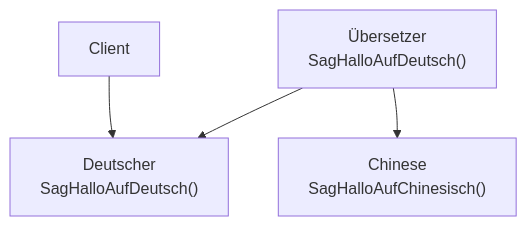
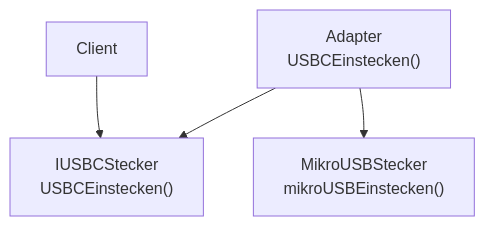
Before and after one commit to mathisneunzig/DHBW-Mannheim-WI2024SEA-DesignPatterns: the second of 2 diagrams in TillVictor/README.md, drawn with Mermaid. The commit also changed other lines of this file and 1 other file, not shown here.

`````diff
--- a/TillVictor/README.md
+++ b/TillVictor/README.md
@@ -44,15 +44,15 @@
 ````mermaid
 flowchart
 	Client
-	Adapter["Übersetzer 
-	SagHalloAufDeutsch()"]
-	Adaptee["Chinese
-	SagHalloAufChinesisch()"]
-	Target["Deutscher
-	SagHalloAufDeutsch()"]
+	Adapter["Adapter 
+	USBCEinstecken()"]
+	Adaptee["MikroUSBStecker
+	mikroUSBEinstecken()"]
+	Target["IUSBCStecker
+	USBCEinstecken()"]
 	
 	Client --> Target
 	Adapter --> Target
 	Adapter --> Adaptee
 	
 ````
`````
